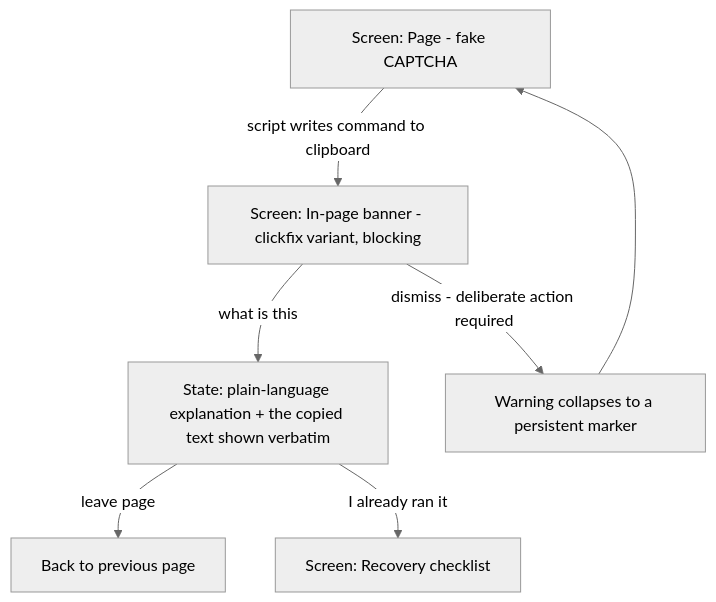
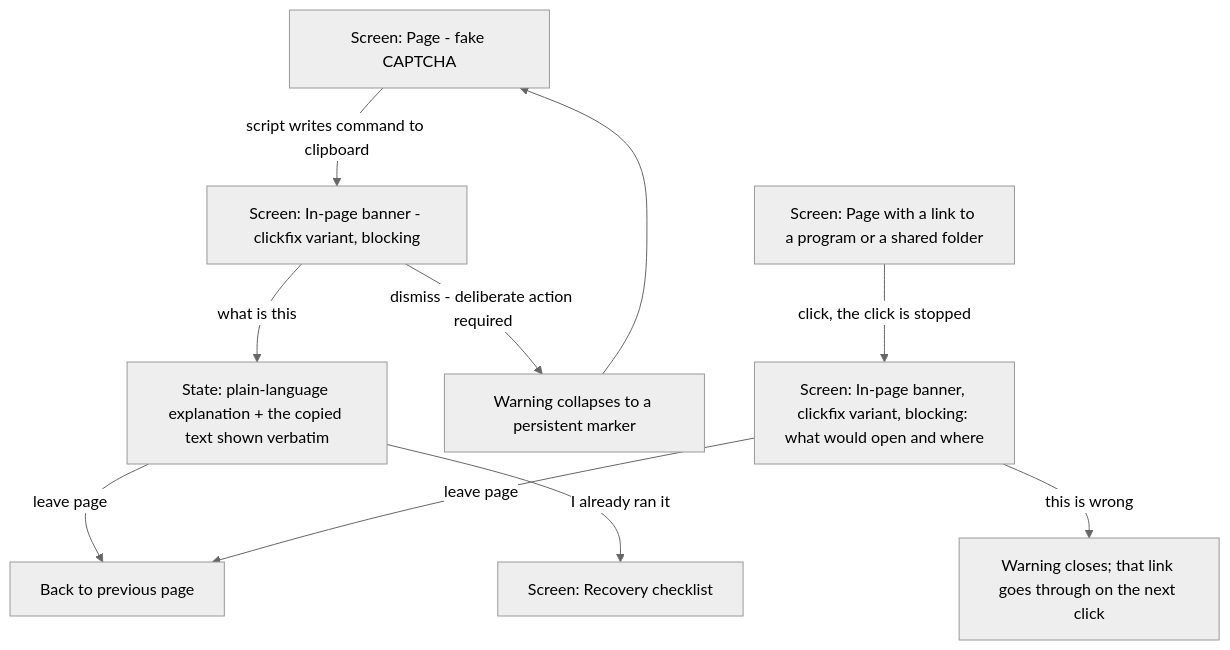
One commit to passioncode-ai/okolos changed the sixth of 23 diagrams in docs/ux/flows.md. Above: the diagram before and after it, drawn with Mermaid (neutral theme). The commit also changed other lines of this file and 6 other files, not shown here.

````diff
--- a/docs/ux/flows.md
+++ b/docs/ux/flows.md
@@ -171,9 +171,12 @@
 ```mermaid
 flowchart TD
   A[Screen: Page - fake CAPTCHA] -->|script writes command to clipboard| B[Screen: In-page banner - clickfix variant, blocking]
   B -->|what is this| C[State: plain-language explanation + the copied text shown verbatim]
   C -->|leave page| D[Back to previous page]
   C -->|I already ran it| E[Screen: Recovery checklist]
   B -->|dismiss - deliberate action required| F[Warning collapses to a persistent marker]
   F --> A
+  G[Screen: Page with a link to a program or a shared folder] -->|click, the click is stopped| H[Screen: In-page banner, clickfix variant, blocking: what would open and where]
+  H -->|leave page| D
+  H -->|this is wrong| I[Warning closes; that link goes through on the next click]
 ```
````
